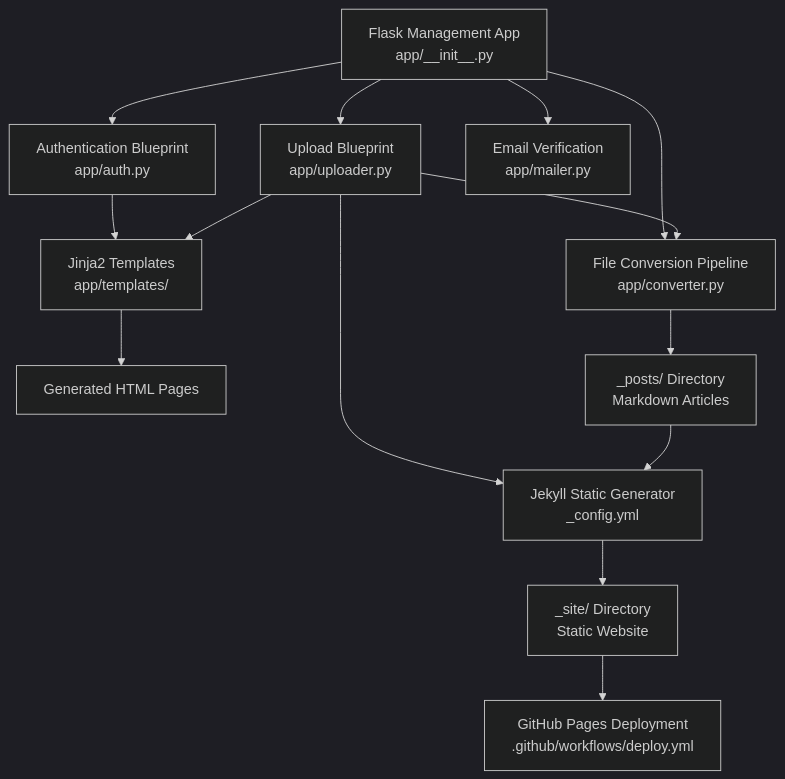
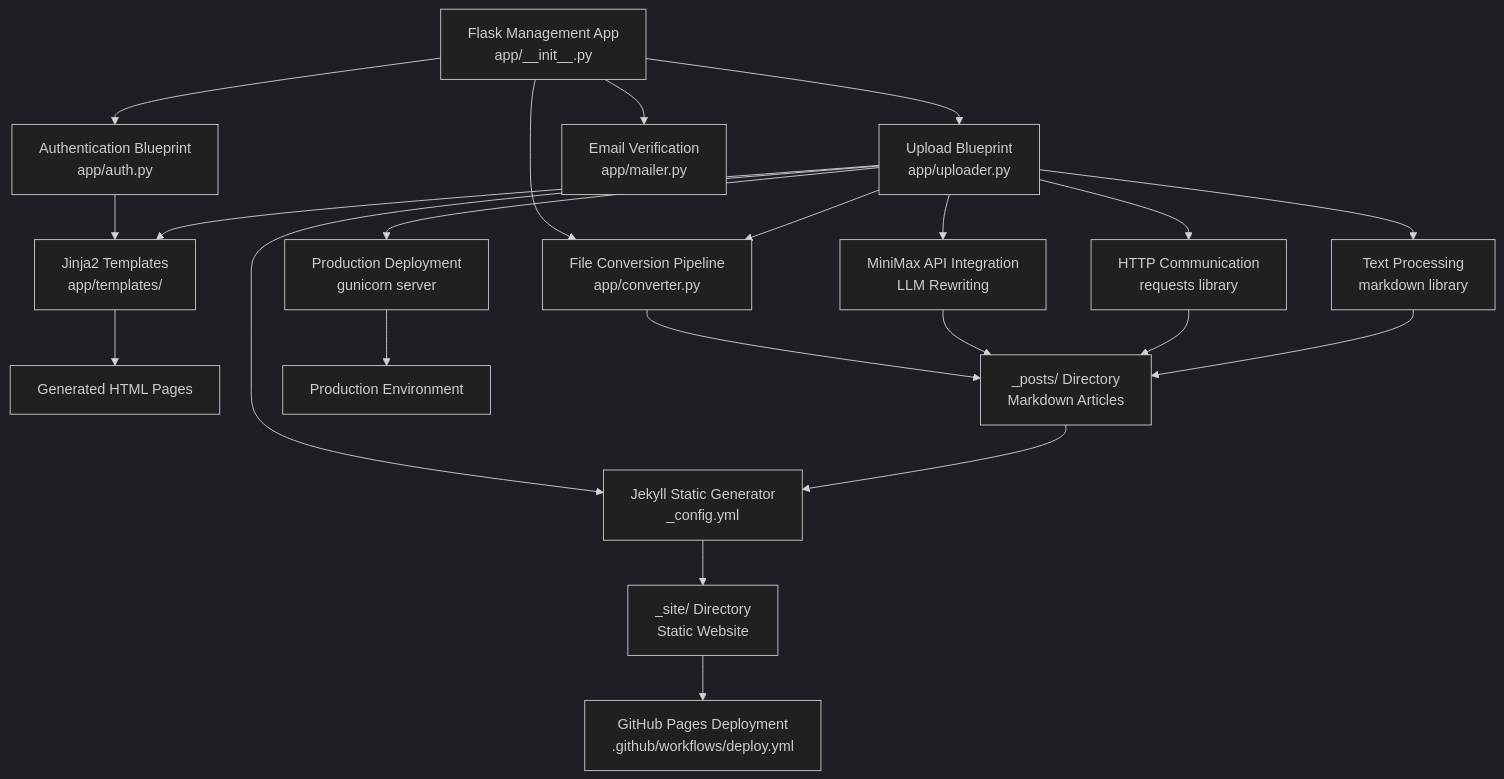
The first of 5 diagrams in .qoder/repowiki/en/content/API Reference/API Reference.md (PolarisW007/PolaZhenJing), drawn with Mermaid (dark theme) before and after one commit. The commit also changed other lines of this file and 4 other files, not shown here.

````diff
--- a/.qoder/repowiki/en/content/API Reference/API Reference.md
+++ b/.qoder/repowiki/en/content/API Reference/API Reference.md
@@ -56,16 +58,24 @@
 ```mermaid
 graph TB
 FlaskApp["Flask Management App<br/>app/__init__.py"] --> AuthBP["Authentication Blueprint<br/>app/auth.py"]
 FlaskApp --> UploadBP["Upload Blueprint<br/>app/uploader.py"]
 FlaskApp --> Converter["File Conversion Pipeline<br/>app/converter.py"]
 FlaskApp --> Mailer["Email Verification<br/>app/mailer.py"]
 AuthBP --> Templates["Jinja2 Templates<br/>app/templates/"]
 UploadBP --> Templates
 UploadBP --> Converter
+UploadBP --> MiniMax["MiniMax API Integration<br/>LLM Rewriting"]
+UploadBP --> RequestsLib["HTTP Communication<br/>requests library"]
+UploadBP --> MarkdownLib["Text Processing<br/>markdown library"]
+UploadBP --> Gunicorn["Production Deployment<br/>gunicorn server"]
 UploadBP --> Jekyll["Jekyll Static Generator<br/>_config.yml"]
 Templates --> HTML["Generated HTML Pages"]
 Converter --> Posts["_posts/ Directory<br/>Markdown Articles"]
+MiniMax --> Posts
+RequestsLib --> Posts
+MarkdownLib --> Posts
+Gunicorn --> Production["Production Environment"]
 Posts --> Jekyll
 Jekyll --> Site["_site/ Directory<br/>Static Website"]
 Site --> GitHubPages["GitHub Pages Deployment<br/>.github/workflows/deploy.yml"]
 ```
````
